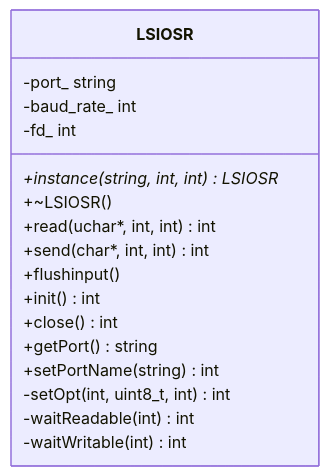
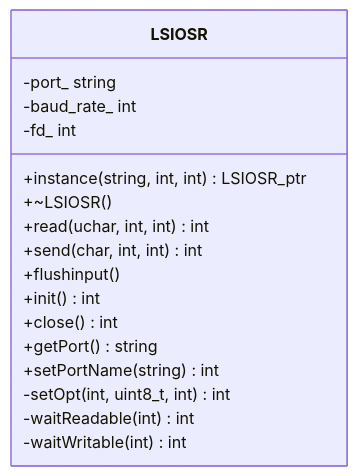
Before and after one commit to declue/Lslidar_ROS2_driver: the fifth of 10 diagrams in docs/api-reference.md, drawn with Mermaid. The commit also changed other lines of this file and 3 other files, not shown here.

First line of the commit message:
fix: Mermaid 다이어그램 렌더링 오류 수정

````diff
--- a/docs/api-reference.md
+++ b/docs/api-reference.md
@@ -489,20 +489,20 @@
 ```mermaid
 classDiagram
     class LSIOSR {
-        +instance(string, int, int) LSIOSR*
+        +instance(string, int, int) LSIOSR_ptr
         +~LSIOSR()
-        +read(uchar*, int, int) int
-        +send(char*, int, int) int
+        +read(uchar, int, int) int
+        +send(char, int, int) int
         +flushinput()
         +init() int
         +close() int
         +getPort() string
         +setPortName(string) int
         -port_ string
         -baud_rate_ int
         -fd_ int
         -setOpt(int, uint8_t, int) int
         -waitReadable(int) int
         -waitWritable(int) int
     }
 ```
````
